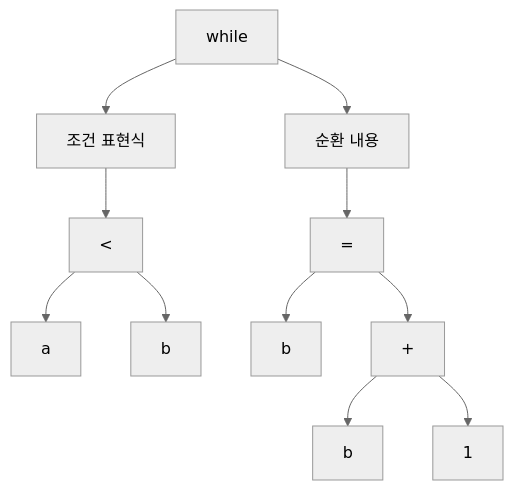
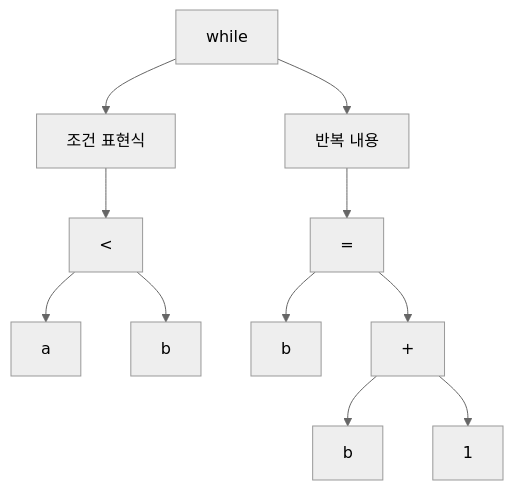
The third of 9 diagrams in taemin-kwon93/[1주차]1장.md (RyuWoong/book-thesecretoftheunderlyingcomputer), drawn with Mermaid (neutral theme) before and after one commit. The commit also changed other lines of this file, not shown here.

````diff
--- a/taemin-kwon93/[1주차]1장.md
+++ b/taemin-kwon93/[1주차]1장.md
@@ -188,13 +187,13 @@
 ```mermaid
 graph TD
     A[while] --> B[조건 표현식]
     B --> C[<]
     C --> D[a]
     C --> E[b]
-    A --> F[순환 내용]
+    A --> F[반복 내용]
     F --> G[=]
     G --> H[b]
     G --> I[+]
     I --> J[b]
     I --> K[1]
 ```
````
